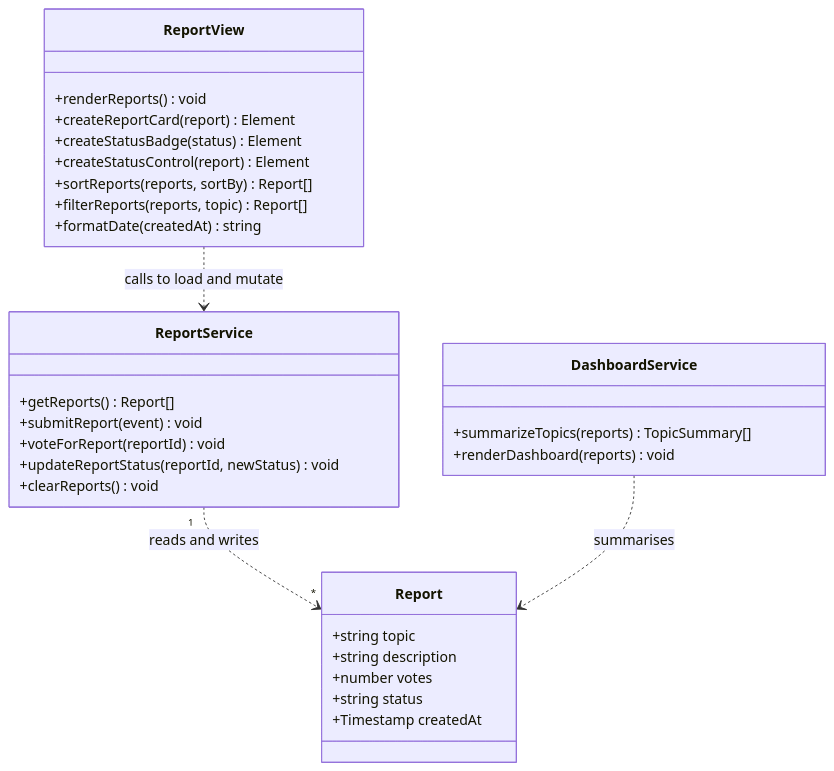
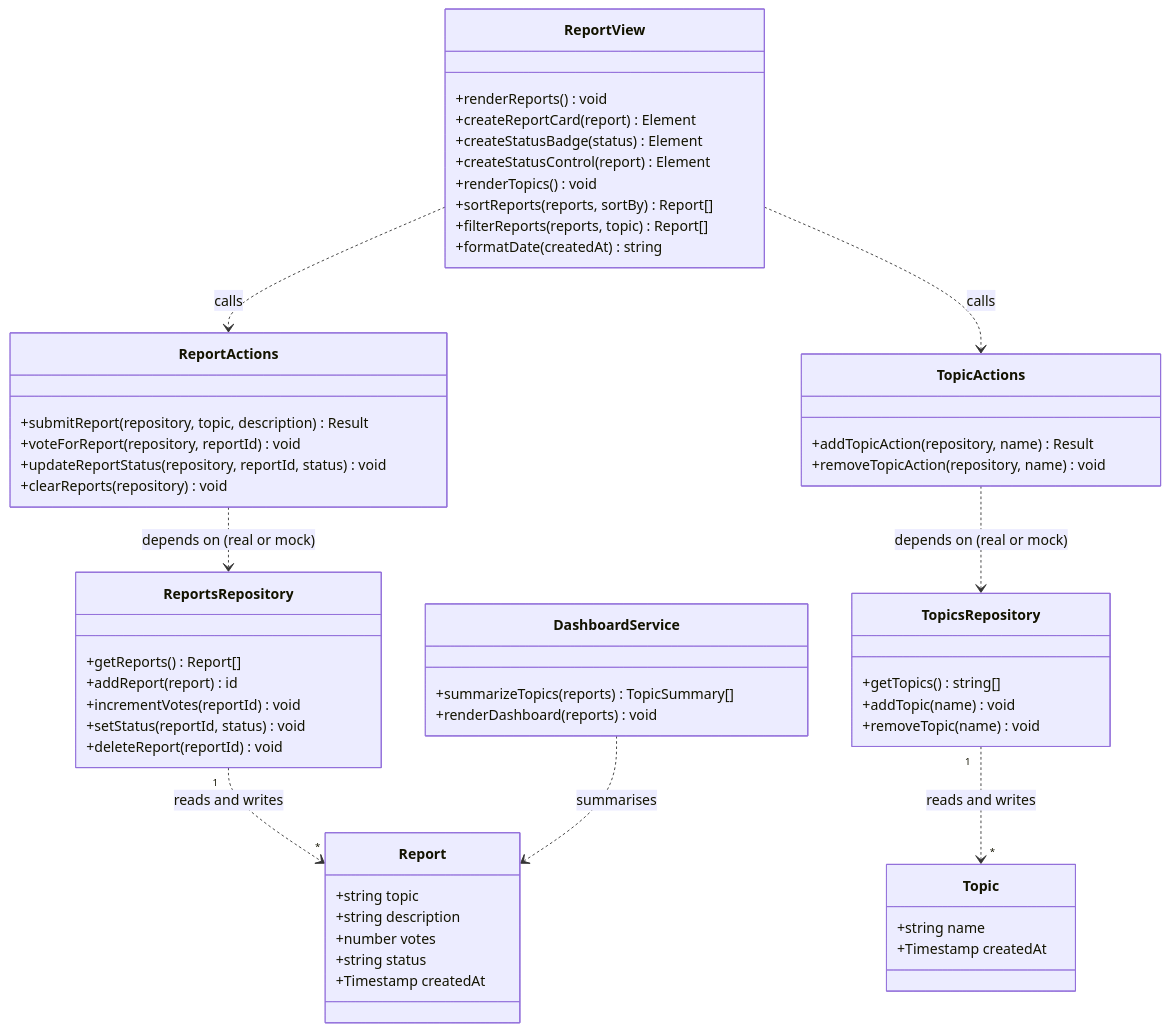
One commit to ZhongRuichen-147/Course-Confusion-Radar-Application changed the diagram in docs/class-diagram.md. Above: the diagram before and after it, drawn with Mermaid. The commit also changed other lines of this file and 13 other files, not shown here.

````diff
--- a/docs/class-diagram.md
+++ b/docs/class-diagram.md
@@ -20,37 +27,65 @@
 ```mermaid
 classDiagram
     class Report {
         +string topic
         +string description
         +number votes
         +string status
         +Timestamp createdAt
     }
 
-    class ReportService {
+    class Topic {
+        +string name
+        +Timestamp createdAt
+    }
+
+    class ReportsRepository {
         +getReports() Report[]
-        +submitReport(event) void
-        +voteForReport(reportId) void
-        +updateReportStatus(reportId, newStatus) void
-        +clearReports() void
+        +addReport(report) id
+        +incrementVotes(reportId) void
+        +setStatus(reportId, status) void
+        +deleteReport(reportId) void
+    }
+
+    class TopicsRepository {
+        +getTopics() string[]
+        +addTopic(name) void
+        +removeTopic(name) void
+    }
+
+    class ReportActions {
+        +submitReport(repository, topic, description) Result
+        +voteForReport(repository, reportId) void
+        +updateReportStatus(repository, reportId, status) void
+        +clearReports(repository) void
+    }
+
+    class TopicActions {
+        +addTopicAction(repository, name) Result
+        +removeTopicAction(repository, name) void
     }
 
     class ReportView {
         +renderReports() void
         +createReportCard(report) Element
         +createStatusBadge(status) Element
         +createStatusControl(report) Element
+        +renderTopics() void
         +sortReports(reports, sortBy) Report[]
         +filterReports(reports, topic) Report[]
         +formatDate(createdAt) string
     }
 
     class DashboardService {
         +summarizeTopics(reports) TopicSummary[]
         +renderDashboard(reports) void
     }
 
-    ReportService "1" ..> "*" Report : reads and writes
-    ReportView ..> ReportService : calls to load and mutate
+    ReportsRepository "1" ..> "*" Report : reads and writes
+    TopicsRepository "1" ..> "*" Topic : reads and writes
+    ReportActions ..> ReportsRepository : depends on (real or mock)
+    TopicActions ..> TopicsRepository : depends on (real or mock)
+    ReportView ..> ReportActions : calls
+    ReportView ..> TopicActions : calls
     DashboardService ..> Report : summarises
 ```
````
